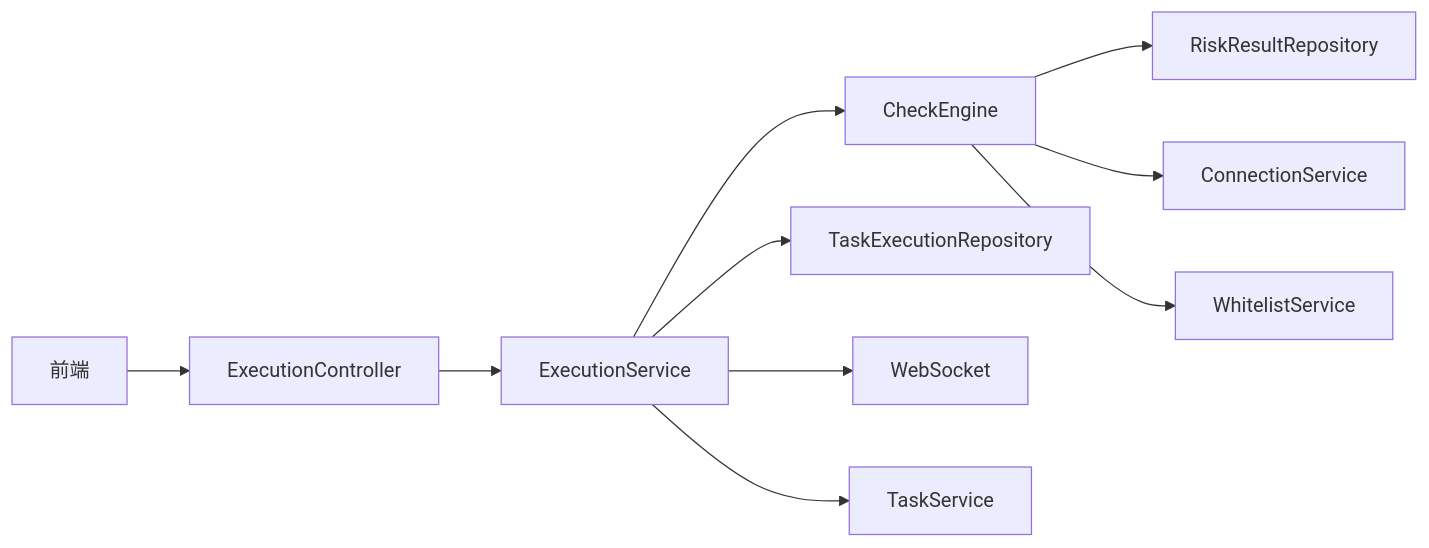
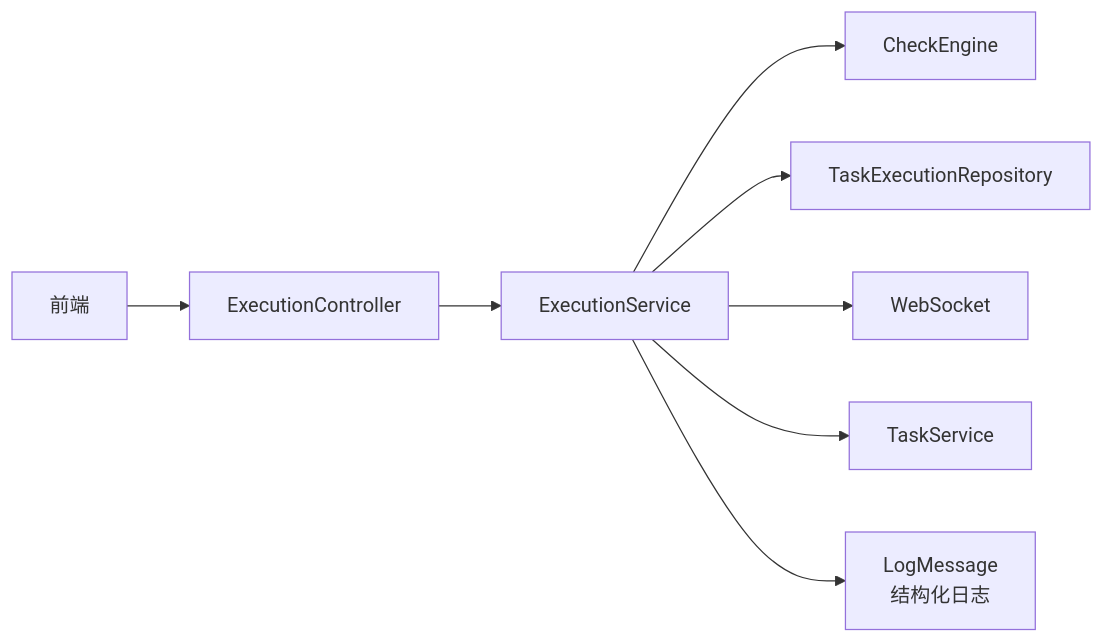
The sixth of 6 diagrams in .qoder/repowiki/zh/content/核心功能模块/执行监控系统.md (zzjxmy/mysql-risk-filed-check), drawn with Mermaid before and after one commit. The commit also changed other lines of this file and 6 other files, not shown here.

````diff
--- a/.qoder/repowiki/zh/content/核心功能模块/执行监控系统.md
+++ b/.qoder/repowiki/zh/content/核心功能模块/执行监控系统.md
@@ -323,12 +371,10 @@
 ```mermaid
 graph LR
 ES["ExecutionService"] --> CE["CheckEngine"]
 ES --> TER["TaskExecutionRepository"]
 ES --> WS["WebSocket"]
 ES --> TS["TaskService"]
-CE --> RS["RiskResultRepository"]
-CE --> CS["ConnectionService"]
-CE --> WL["WhitelistService"]
+ES --> LM["LogMessage<br/>结构化日志"]
 FE["前端"] --> API["ExecutionController"]
 API --> ES
 ```
````
